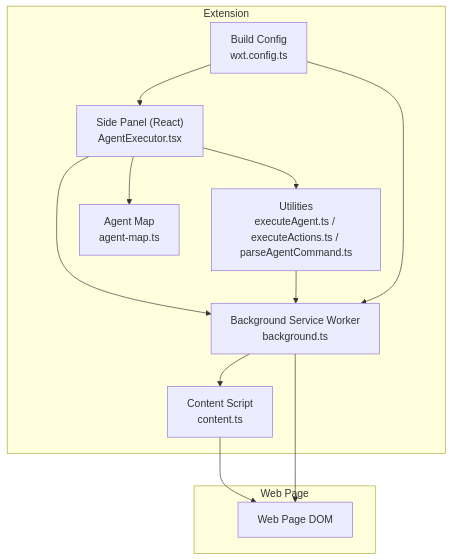
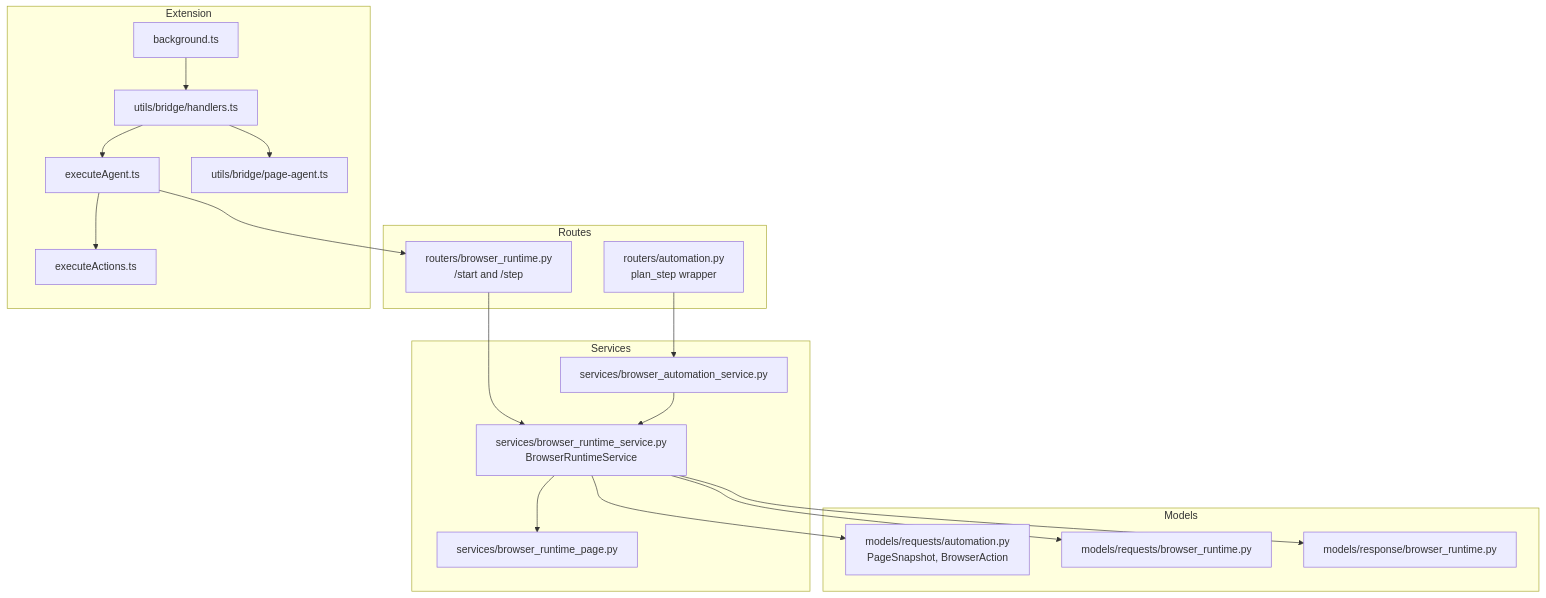
Before and after one commit to tashifkhan/tashif.codes: the first of 4 diagrams in src/data/docs/agentic-browser/Browser Automation/Browser Automation.md, drawn with Mermaid. The commit also changed other lines of this file and 114 other files, not shown here.

````diff
--- a/src/data/docs/agentic-browser/Browser Automation/Browser Automation.md
+++ b/src/data/docs/agentic-browser/Browser Automation/Browser Automation.md
@@ -14,23 +30,35 @@
 ```mermaid
 graph TB
-subgraph "Extension"
-BG["Background Service Worker<br/>background.ts"]
-CS["Content Script<br/>content.ts"]
-UI["Side Panel (React)<br/>AgentExecutor.tsx"]
-UTILS["Utilities<br/>executeAgent.ts / executeActions.ts / parseAgentCommand.ts"]
-MAP["Agent Map<br/>agent-map.ts"]
-CFG["Build Config<br/>wxt.config.ts"]
-end
-subgraph "Web Page"
-PAGE["Web Page DOM"]
-end
-UI --> BG
-UI --> UTILS
-UTILS --> BG
-BG --> CS
-CS --> PAGE
-BG --> PAGE
-UI --> MAP
-CFG --> BG
-CFG --> UI
+  subgraph Routes
+    RuntimeRoute["routers/browser_runtime.py<br/>/start and /step"]
+    AutomationRoute["routers/automation.py<br/>plan_step wrapper"]
+  end
+  subgraph Services
+    Planner["services/browser_runtime_service.py<br/>BrowserRuntimeService"]
+    Automation["services/browser_automation_service.py"]
+    PageBuilder["services/browser_runtime_page.py"]
+  end
+  subgraph Models
+    Req["models/requests/automation.py<br/>PageSnapshot, BrowserAction"]
+    RuntimeReq["models/requests/browser_runtime.py"]
+    RuntimeRes["models/response/browser_runtime.py"]
+  end
+  subgraph Extension
+    Exec["executeActions.ts"]
+    AgentLoop["executeAgent.ts"]
+    Background["background.ts"]
+    Handlers["utils/bridge/handlers.ts"]
+    PageAgent["utils/bridge/page-agent.ts"]
+  end
+  RuntimeRoute --> Planner
+  AutomationRoute --> Automation --> Planner
+  Planner --> Req
+  Planner --> RuntimeReq
+  Planner --> RuntimeRes
+  Planner --> PageBuilder
+  AgentLoop --> Exec
+  AgentLoop --> RuntimeRoute
+  Handlers --> AgentLoop
+  Handlers --> PageAgent
+  Background --> Handlers
 ```
````
